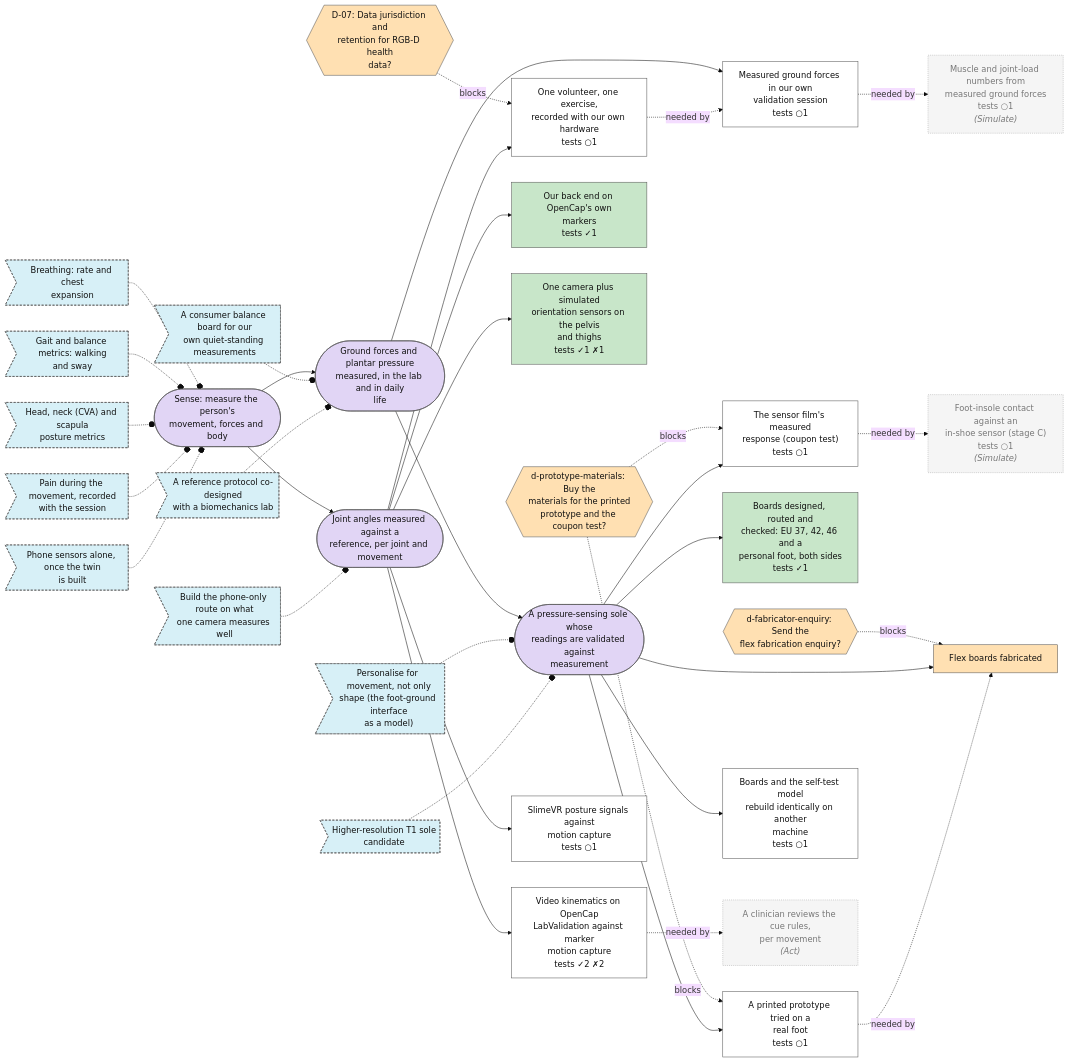
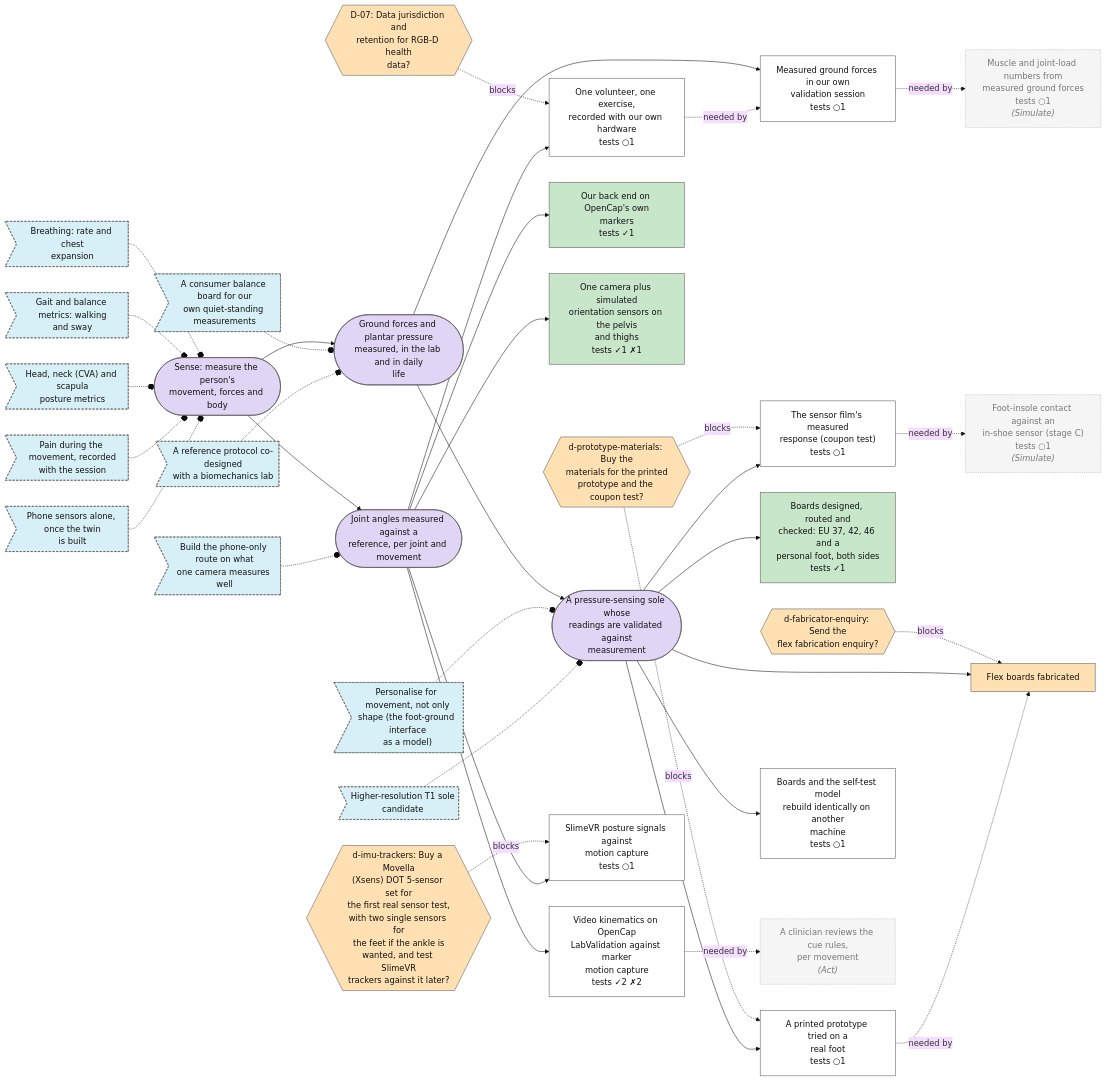
One commit to Sigurius23/Rehab-agent changed the second of 7 diagrams in plan/MAP.md. Above: the diagram before and after it, drawn with Mermaid (base theme). The commit also changed other lines of this file and 3 other files, not shown here.

First line of the commit message:
Plan: which IMU trackers to buy, as a decision for the owner

```diff
--- a/plan/MAP.md
+++ b/plan/MAP.md
@@ -48,68 +48,70 @@
 flowchart LR
   n0{{"D-07: Data jurisdiction and<br/>retention for RGB-D health<br/>data?"}}:::decision_open
   n1{{"d-fabricator-enquiry: Send the<br/>flex fabrication enquiry?"}}:::decision_open
-  n2{{"d-prototype-materials: Buy the<br/>materials for the printed<br/>prototype and the coupon test?"}}:::decision_open
-  n3["Measured ground forces in our own<br/>validation session<br/>tests ○1"]:::step_open
-  n4(["Ground forces and plantar pressure<br/>measured, in the lab and in daily<br/>life"]):::goal_open
-  n5(["Joint angles measured against a<br/>reference, per joint and movement"]):::goal_open
-  n6(["A pressure-sensing sole whose<br/>readings are validated against<br/>measurement"]):::goal_open
-  n7>"A consumer balance board for our<br/>own quiet-standing measurements"]:::idea_new
-  n8>"Breathing: rate and chest<br/>expansion"]:::idea_new
-  n9>"Gait and balance metrics: walking<br/>and sway"]:::idea_new
-  n10>"Head, neck (CVA) and scapula<br/>posture metrics"]:::idea_new
-  n11>"A reference protocol co-designed<br/>with a biomechanics lab"]:::idea_new
-  n12>"Personalise for movement, not only<br/>shape (the foot-ground interface<br/>as a model)"]:::idea_new
-  n13>"Build the phone-only route on what<br/>one camera measures well"]:::idea_new
-  n14>"Pain during the movement, recorded<br/>with the session"]:::idea_new
-  n15>"Phone sensors alone, once the twin<br/>is built"]:::idea_new
-  n16>"Higher-resolution T1 sole<br/>candidate"]:::idea_new
-  n17["Our back end on OpenCap's own<br/>markers<br/>tests ✓1"]:::step_done
-  n18["One camera plus simulated<br/>orientation sensors on the pelvis<br/>and thighs<br/>tests ✓1 ✗1"]:::step_done
-  n19["Video kinematics on OpenCap<br/>LabValidation against marker<br/>motion capture<br/>tests ✓2 ✗2"]:::step_open
-  n20["One volunteer, one exercise,<br/>recorded with our own hardware<br/>tests ○1"]:::step_open
-  n21(["Sense: measure the person's<br/>movement, forces and body"]):::goal_open
-  n22["Boards designed, routed and<br/>checked: EU 37, 42, 46 and a<br/>personal foot, both sides<br/>tests ✓1"]:::step_done
-  n23["The sensor film's measured<br/>response (coupon test)<br/>tests ○1"]:::step_open
-  n24["Flex boards fabricated"]:::step_blocked
-  n25["A printed prototype tried on a<br/>real foot<br/>tests ○1"]:::step_open
-  n26["Boards and the self-test model<br/>rebuild identically on another<br/>machine<br/>tests ○1"]:::step_open
-  n27["SlimeVR posture signals against<br/>motion capture<br/>tests ○1"]:::step_open
-  n28["A clinician reviews the cue rules,<br/>per movement<br/><i>(Act)</i>"]:::external
-  n29["Muscle and joint-load numbers from<br/>measured ground forces<br/>tests ○1<br/><i>(Simulate)</i>"]:::external
-  n30["Foot-insole contact against an<br/>in-shoe sensor (stage C)<br/>tests ○1<br/><i>(Simulate)</i>"]:::external
-  n0 -. blocks .-> n20
-  n1 -. blocks .-> n24
-  n2 -. blocks .-> n25
-  n2 -. blocks .-> n23
-  n4 --> n3
-  n20 -. needed by .-> n3
-  n21 --> n4
-  n21 --> n5
-  n4 --> n6
-  n7 -.-o n4
-  n8 -.-o n21
-  n9 -.-o n21
-  n10 -.-o n21
-  n11 -.-o n4
-  n12 -.-o n6
-  n13 -.-o n5
-  n14 -.-o n21
-  n15 -.-o n21
-  n16 -.-o n6
-  n5 --> n17
-  n5 --> n18
-  n5 --> n19
-  n5 --> n20
-  n6 --> n22
-  n6 --> n23
-  n6 --> n24
-  n25 -. needed by .-> n24
-  n6 --> n25
-  n6 --> n26
-  n5 --> n27
-  n19 -. needed by .-> n28
-  n3 -. needed by .-> n29
-  n23 -. needed by .-> n30
+  n2{{"d-imu-trackers: Buy a Movella<br/>(Xsens) DOT 5-sensor set for<br/>the first real sensor test,<br/>with two single sensors for<br/>the feet if the ankle is<br/>wanted, and test SlimeVR<br/>trackers against it later?"}}:::decision_open
+  n3{{"d-prototype-materials: Buy the<br/>materials for the printed<br/>prototype and the coupon test?"}}:::decision_open
+  n4["Measured ground forces in our own<br/>validation session<br/>tests ○1"]:::step_open
+  n5(["Ground forces and plantar pressure<br/>measured, in the lab and in daily<br/>life"]):::goal_open
+  n6(["Joint angles measured against a<br/>reference, per joint and movement"]):::goal_open
+  n7(["A pressure-sensing sole whose<br/>readings are validated against<br/>measurement"]):::goal_open
+  n8>"A consumer balance board for our<br/>own quiet-standing measurements"]:::idea_new
+  n9>"Breathing: rate and chest<br/>expansion"]:::idea_new
+  n10>"Gait and balance metrics: walking<br/>and sway"]:::idea_new
+  n11>"Head, neck (CVA) and scapula<br/>posture metrics"]:::idea_new
+  n12>"A reference protocol co-designed<br/>with a biomechanics lab"]:::idea_new
+  n13>"Personalise for movement, not only<br/>shape (the foot-ground interface<br/>as a model)"]:::idea_new
+  n14>"Build the phone-only route on what<br/>one camera measures well"]:::idea_new
+  n15>"Pain during the movement, recorded<br/>with the session"]:::idea_new
+  n16>"Phone sensors alone, once the twin<br/>is built"]:::idea_new
+  n17>"Higher-resolution T1 sole<br/>candidate"]:::idea_new
+  n18["Our back end on OpenCap's own<br/>markers<br/>tests ✓1"]:::step_done
+  n19["One camera plus simulated<br/>orientation sensors on the pelvis<br/>and thighs<br/>tests ✓1 ✗1"]:::step_done
+  n20["Video kinematics on OpenCap<br/>LabValidation against marker<br/>motion capture<br/>tests ✓2 ✗2"]:::step_open
+  n21["One volunteer, one exercise,<br/>recorded with our own hardware<br/>tests ○1"]:::step_open
+  n22(["Sense: measure the person's<br/>movement, forces and body"]):::goal_open
+  n23["Boards designed, routed and<br/>checked: EU 37, 42, 46 and a<br/>personal foot, both sides<br/>tests ✓1"]:::step_done
+  n24["The sensor film's measured<br/>response (coupon test)<br/>tests ○1"]:::step_open
+  n25["Flex boards fabricated"]:::step_blocked
+  n26["A printed prototype tried on a<br/>real foot<br/>tests ○1"]:::step_open
+  n27["Boards and the self-test model<br/>rebuild identically on another<br/>machine<br/>tests ○1"]:::step_open
+  n28["SlimeVR posture signals against<br/>motion capture<br/>tests ○1"]:::step_open
+  n29["A clinician reviews the cue rules,<br/>per movement<br/><i>(Act)</i>"]:::external
+  n30["Muscle and joint-load numbers from<br/>measured ground forces<br/>tests ○1<br/><i>(Simulate)</i>"]:::external
+  n31["Foot-insole contact against an<br/>in-shoe sensor (stage C)<br/>tests ○1<br/><i>(Simulate)</i>"]:::external
+  n0 -. blocks .-> n21
+  n1 -. blocks .-> n25
+  n2 -. blocks .-> n28
+  n3 -. blocks .-> n26
+  n3 -. blocks .-> n24
+  n5 --> n4
+  n21 -. needed by .-> n4
+  n22 --> n5
+  n22 --> n6
+  n5 --> n7
+  n8 -.-o n5
+  n9 -.-o n22
+  n10 -.-o n22
+  n11 -.-o n22
+  n12 -.-o n5
+  n13 -.-o n7
+  n14 -.-o n6
+  n15 -.-o n22
+  n16 -.-o n22
+  n17 -.-o n7
+  n6 --> n18
+  n6 --> n19
+  n6 --> n20
+  n6 --> n21
+  n7 --> n23
+  n7 --> n24
+  n7 --> n25
+  n26 -. needed by .-> n25
+  n7 --> n26
+  n7 --> n27
+  n6 --> n28
+  n20 -. needed by .-> n29
+  n4 -. needed by .-> n30
+  n24 -. needed by .-> n31
   classDef goal_open fill:#e1d5f5,stroke:#555,color:#111
   classDef goal_done fill:#c8e6c9,stroke:#555,color:#111
   classDef step_open fill:#ffffff,stroke:#555,color:#111
```
